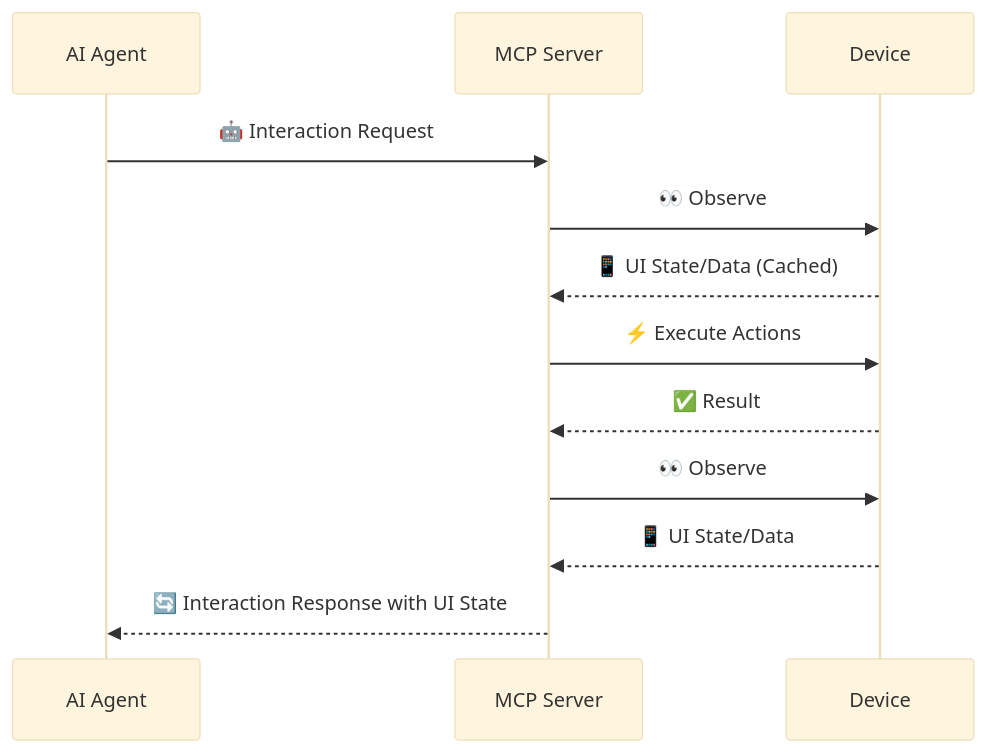
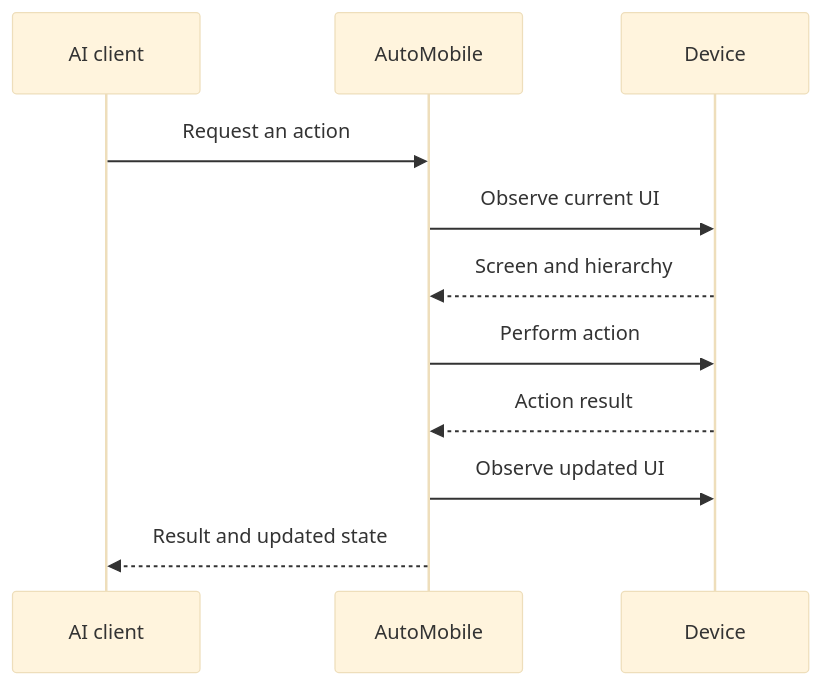
One commit to kaeawc/auto-mobile changed the diagram in docs/design-docs/mcp/interaction-loop.md. Above: the diagram before and after it, drawn with Mermaid (base theme). The commit also changed other lines of this file and 99 other files, not shown here.

````diff
--- a/docs/design-docs/mcp/interaction-loop.md
+++ b/docs/design-docs/mcp/interaction-loop.md
@@ -13,17 +5,14 @@
 ```mermaid
 sequenceDiagram
-    participant Agent as AI Agent
-    participant MCP as MCP Server
-    participant Device as Device
+  participant Client as AI client
+  participant AutoMobile
+  participant Device
 
-    Agent->>MCP: 🤖 Interaction Request
-    MCP->>Device: 👀 Observe
-    Device-->>MCP: 📱 UI State/Data (Cached)
-
-    MCP->>Device: ⚡ Execute Actions
-    Device-->>MCP: ✅ Result
-
-    MCP->>Device: 👀 Observe
-    Device-->>MCP: 📱 UI State/Data
-    MCP-->>Agent: 🔄 Interaction Response with UI State
+  Client->>AutoMobile: Request an action
+  AutoMobile->>Device: Observe current UI
+  Device-->>AutoMobile: Screen and hierarchy
+  AutoMobile->>Device: Perform action
+  Device-->>AutoMobile: Action result
+  AutoMobile->>Device: Observe updated UI
+  AutoMobile-->>Client: Result and updated state
 ```
````
